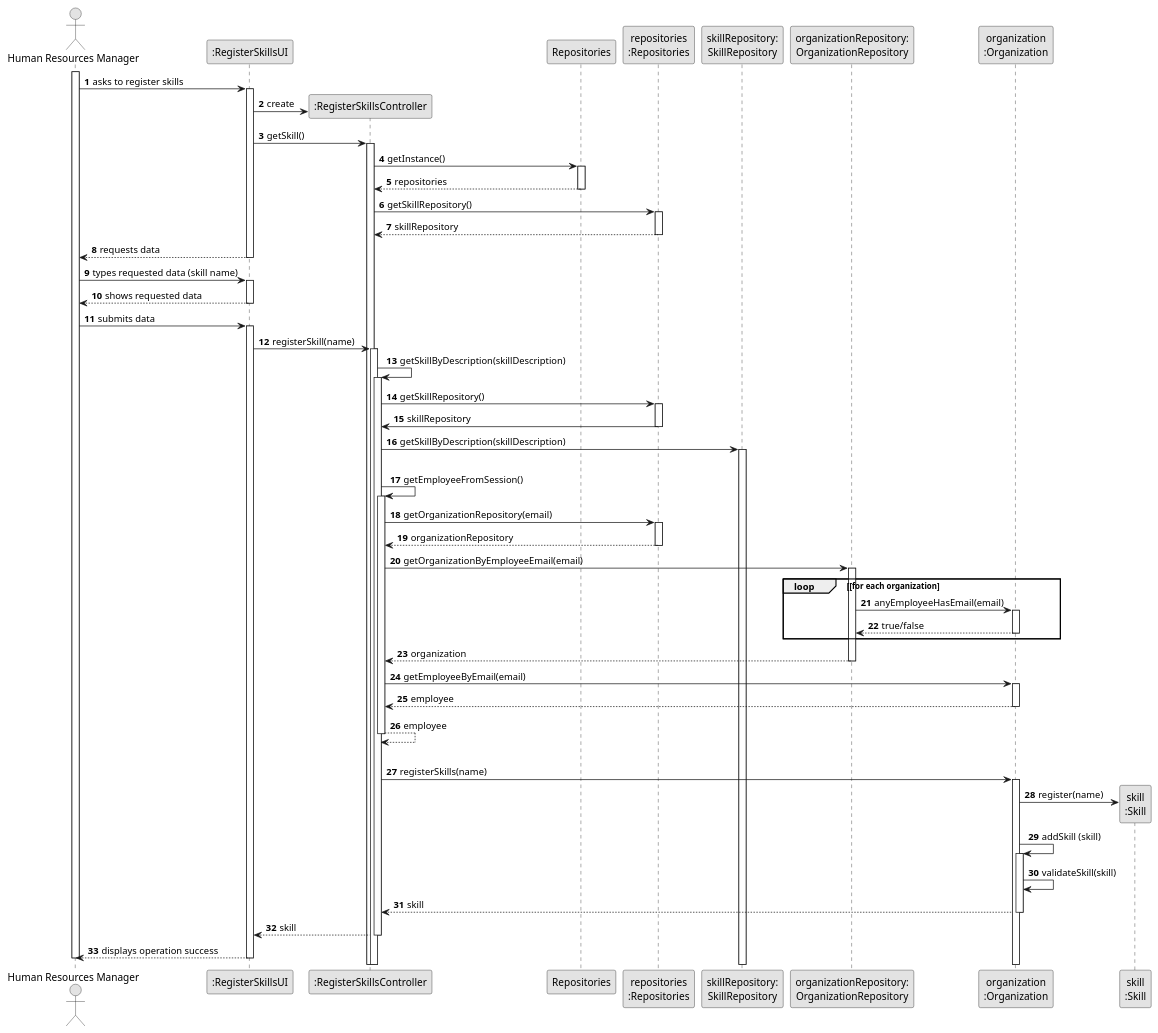
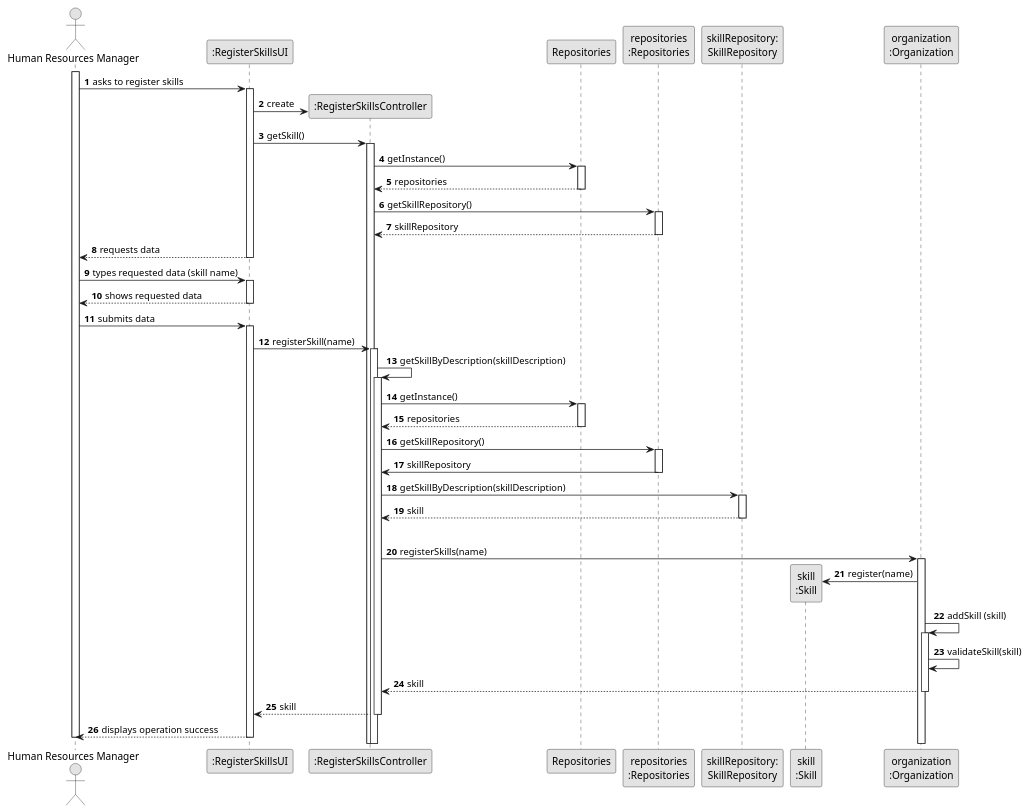
The diagram in docs/sprintB/us001/03.design/puml/us001-sequence-diagram-full.puml (Departamento-de-Engenharia-Informatica/lei-24-s2-1dl-g121), drawn with PlantUML before and after one commit. The commit also changed 2 other files, not shown here.

```diff
--- a/docs/sprintB/us001/03.design/puml/us001-sequence-diagram-full.puml
+++ b/docs/sprintB/us001/03.design/puml/us001-sequence-diagram-full.puml
@@ -1,174 +1,168 @@
 @startuml
 skinparam monochrome true
 skinparam packageStyle rectangle
 skinparam shadowing false
 
 autonumber
 
 'hide footbox
 actor "Human Resources Manager" as ADM
 participant ":RegisterSkillsUI" as UI
 participant ":RegisterSkillsController" as CTRL
 participant "Repositories" as RepositorySingleton
 participant "repositories\n:Repositories" as PLAT
 participant "skillRepository:\nSkillRepository" as SkillRepository
-'participant ":ApplicationSession" as _APP
-'participant "appSession\n:ApplicationSession" as APP
-'participant "currentSession\n:UserSession" as SESSAO
-participant "organizationRepository:\nOrganizationRepository" as OrganizationRepository
+participant "skill\n:Skill" as SKILL
 participant "organization\n:Organization" as ORG
-participant "skill\n:Skill" as SKILL
 
 activate ADM
 
         ADM -> UI : asks to register skills
 
         activate UI
 
-            'UI --> ADM : requests data (i.e. skill name, description)
-            'create CTRL
+
             UI -> CTRL** : create
 
             UI -> CTRL : getSkill()
             activate CTRL
 
                 CTRL -> RepositorySingleton : getInstance()
                 activate RepositorySingleton
 
                     RepositorySingleton --> CTRL: repositories
                 deactivate RepositorySingleton
 
                 CTRL -> PLAT : getSkillRepository()
                 activate PLAT
 
                     PLAT --> CTRL: skillRepository
                 deactivate PLAT
 
 '                CTRL -> SkillRepository : getSkill()
 '                activate SkillRepository
 '
 '                    SkillRepository --> CTRL : skillCategoryList
 '                deactivate SkillRepository
 '
 '                CTRL --> UI : skillCategoryList
 '            deactivate CTRL
 '
 '            UI --> ADM : shows skill category list\n and asks to select one
 '        deactivate UI
 '
 '    ADM -> UI : selects a skill category
 '    activate UI
 
         UI --> ADM : requests data
     deactivate UI
 
     ADM -> UI : types requested data (skill name)
     activate UI
 
         UI --> ADM : shows requested data
     deactivate UI
 
     ADM -> UI : submits data
     activate UI
 
         UI -> CTRL : registerSkill(name)
         activate CTRL
 
             CTRL -> CTRL : getSkillByDescription(skillDescription)
             activate CTRL
 
-'                CTRL -> RepositorySingleton : getInstance()
-'                activate RepositorySingleton
-'
-'                    RepositorySingleton --> CTRL: repositories
-'                deactivate RepositorySingleton
+                CTRL -> RepositorySingleton : getInstance()
+                activate RepositorySingleton
+
+                    RepositorySingleton --> CTRL: repositories
+                deactivate RepositorySingleton
 
                 CTRL -> PLAT : getSkillRepository()
                 activate PLAT
 
                     PLAT -> CTRL : skillRepository
                 deactivate PLAT
 
                 CTRL -> SkillRepository : getSkillByDescription(skillDescription)
                 activate SkillRepository
 
-'                    SkillRepository --> CTRL : skillCategory
-'                deactivate SkillRepository
+                   SkillRepository --> CTRL : skill
+                deactivate SkillRepository
 '                    CTRL --> CTRL : skillCategory
 '            deactivate CTRL
-
-            |||
-            CTRL -> CTRL : getEmployeeFromSession()
-            activate CTRL
-
-'                CTRL -> _APP: getInstance()
-                'activate _APP
-                 '   _APP -> CTRL: appSession
-                'deactivate _APP
-
-
-                'CTRL -> APP: getCurrentSession()
-               ' activate APP
-
-                  '  APP --> CTRL: currentSession
-                'deactivate APP
-
-'                CTRL -> SESSAO: email = getUserEmail()
-'                'activate SESSAO
+'            |||
+'            CTRL -> CTRL : getEmployeeFromSession()
+'            activate CTRL
 '
-'                    SESSAO --> CTRL: email
-'                'activate SESSAO
-
-
-                CTRL -> PLAT: getOrganizationRepository(email)
-                activate PLAT
-
-                    PLAT --> CTRL: organizationRepository
-                deactivate PLAT
-
-
-                CTRL -> OrganizationRepository: getOrganizationByEmployeeEmail(email)
-                activate OrganizationRepository
-
-                    loop [for each organization
-                        OrganizationRepository -> ORG : anyEmployeeHasEmail(email)
-                        activate ORG
-
-                             ORG --> OrganizationRepository : true/false
-                        deactivate ORG
-                    end
-                    OrganizationRepository --> CTRL : organization
-                deactivate OrganizationRepository
-
-                CTRL -> ORG: getEmployeeByEmail(email)
-                activate ORG
-
-                    ORG --> CTRL : employee
-                deactivate ORG
-
-                CTRL --> CTRL : employee
-            deactivate CTRL
+''                CTRL -> _APP: getInstance()
+'                'activate _APP
+'                 '   _APP -> CTRL: appSession
+'                'deactivate _APP
+'
+'
+'                'CTRL -> APP: getCurrentSession()
+'               ' activate APP
+'
+'                  '  APP --> CTRL: currentSession
+'                'deactivate APP
+'
+''                CTRL -> SESSAO: email = getUserEmail()
+''                'activate SESSAO
+''
+''                    SESSAO --> CTRL: email
+''                'activate SESSAO
+'
+'
+'                CTRL -> PLAT: getOrganizationRepository(email)
+'                activate PLAT
+'
+'                    PLAT --> CTRL: organizationRepository
+'                deactivate PLAT
+'
+'
+'                CTRL -> OrganizationRepository: getOrganizationByEmployeeEmail(email)
+'                activate OrganizationRepository
+'
+'                    loop [for each organization
+'                        OrganizationRepository -> ORG : anyEmployeeHasEmail(email)
+'                        activate ORG
+'
+'                             ORG --> OrganizationRepository : true/false
+'                        deactivate ORG
+'                    end
+'                    OrganizationRepository --> CTRL : organization
+'                deactivate OrganizationRepository
+'
+'                CTRL -> ORG: getEmployeeByEmail(email)
+'                activate ORG
+'
+'                    ORG --> CTRL : employee
+'                deactivate ORG
+'
+'                CTRL --> CTRL : employee
+'            deactivate CTRL
 
             |||
             CTRL -> ORG: registerSkills(name)
             activate ORG
 
                 ORG -> SKILL**: register(name)
                 ORG -> ORG: addSkill (skill)
 
 
                 activate ORG
                     ORG -> ORG: validateSkill(skill)
 
                 ORG --> CTRL : skill
 
             deactivate ORG
 
             CTRL --> UI: skill
             deactivate CTRL
             UI --> ADM: displays operation success
     deactivate UI
 
 deactivate ADM
 
 @enduml
```
